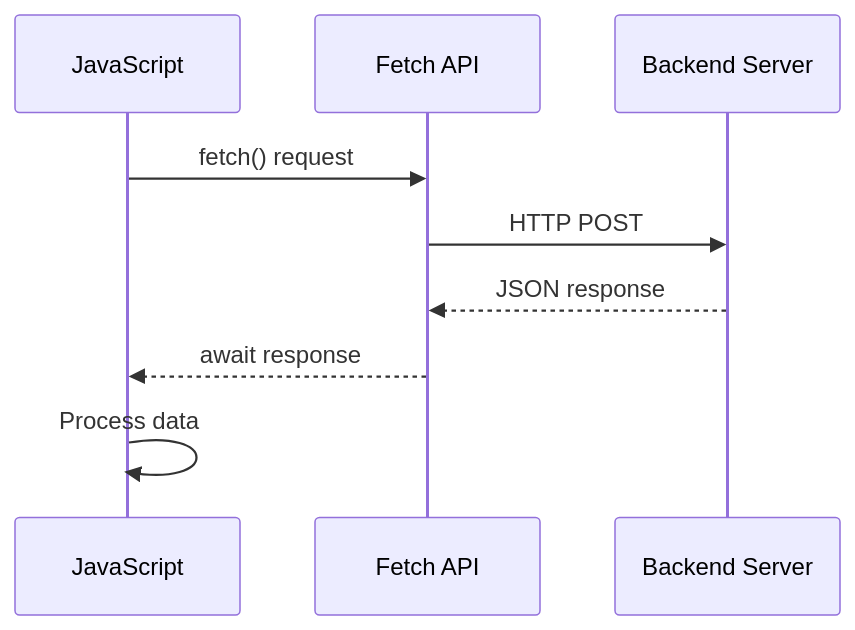
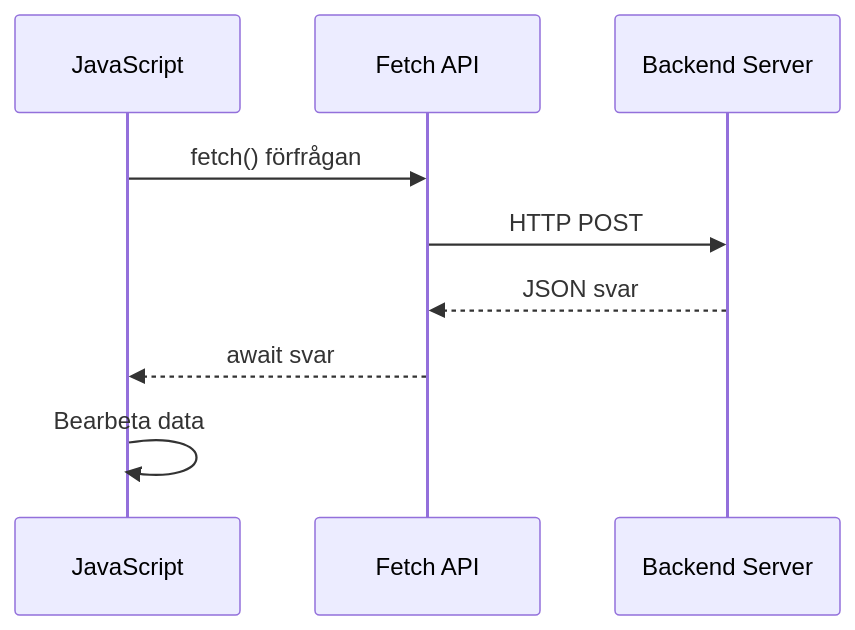
The sixth of 9 diagrams in translations/sv/7-bank-project/2-forms/README.md (microsoft/Web-Dev-For-Beginners), drawn with Mermaid before and after one commit. The commit also changed other lines of this file and 99 other files, not shown here.

````diff
--- a/translations/sv/7-bank-project/2-forms/README.md
+++ b/translations/sv/7-bank-project/2-forms/README.md
@@ -455,12 +512,12 @@
 ```mermaid
 sequenceDiagram
     participant JS as JavaScript
     participant Fetch as Fetch API
     participant Server as Backend Server
     
-    JS->>Fetch: fetch() request
+    JS->>Fetch: fetch() förfrågan
     Fetch->>Server: HTTP POST
-    Server-->>Fetch: JSON response
-    Fetch-->>JS: await response
-    JS->>JS: Process data
+    Server-->>Fetch: JSON svar
+    Fetch-->>JS: await svar
+    JS->>JS: Bearbeta data
 ```
````
